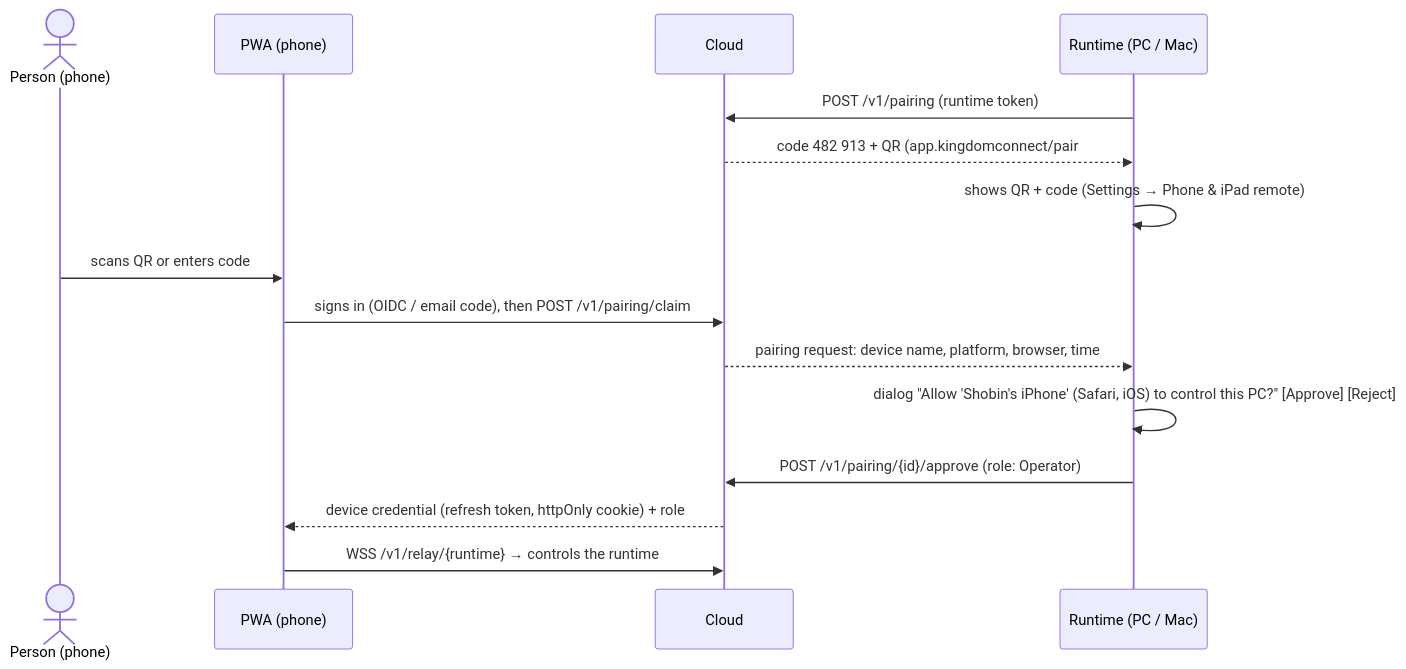
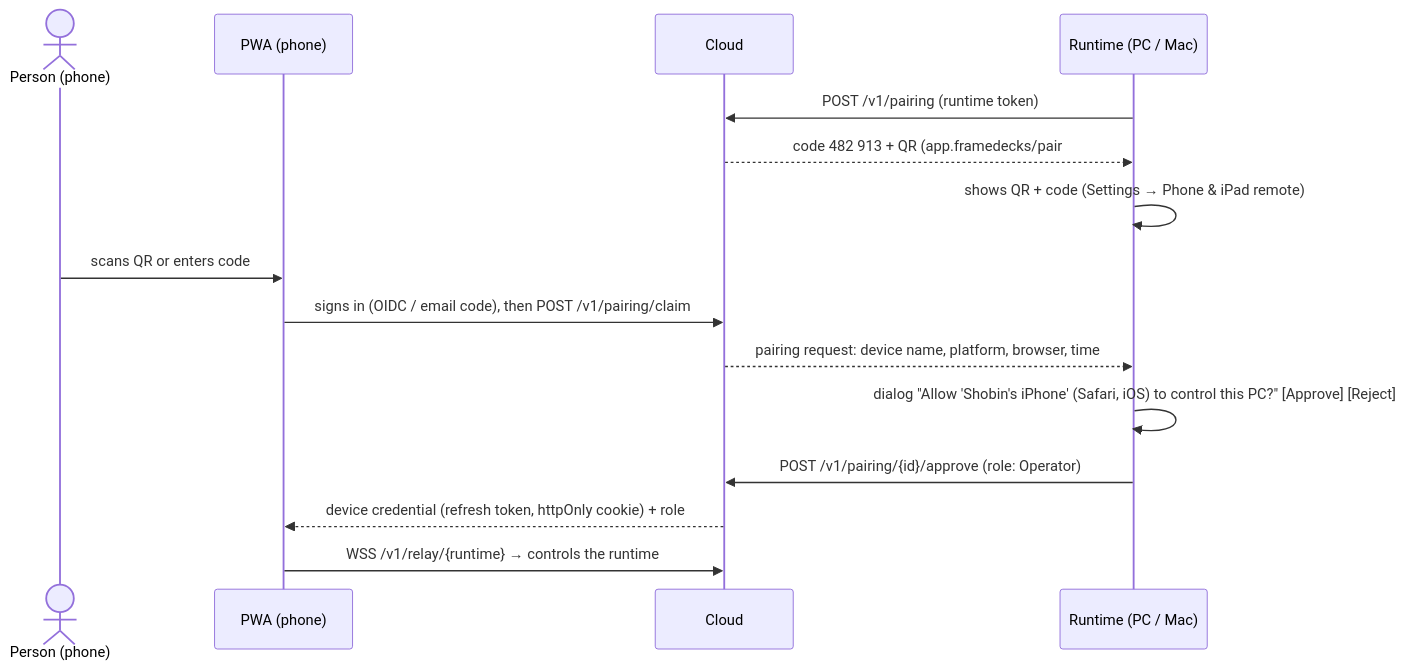
The third of 6 diagrams in docs/project/saas-pwa-architecture.md (mshobin/FrameDecks), drawn with Mermaid before and after one commit. The commit also changed other lines of this file, not shown here.

First line of the commit message:
SaaS + PWA architecture: FrameDecks names, Decks in the model and sync, Phase 1 detail

````diff
--- a/docs/project/saas-pwa-architecture.md
+++ b/docs/project/saas-pwa-architecture.md
@@ -205,17 +210,17 @@
 ```mermaid
 sequenceDiagram
   actor P as Person (phone)
   participant W as PWA (phone)
   participant C as Cloud
   participant R as Runtime (PC / Mac)
   R->>C: POST /v1/pairing (runtime token)
-  C-->>R: code 482 913 + QR (app.kingdomconnect/pair#t=…), expires in 5 min
+  C-->>R: code 482 913 + QR (app.framedecks/pair#t=…), expires in 5 min
   R->>R: shows QR + code (Settings → Phone & iPad remote)
   P->>W: scans QR or enters code
   W->>C: signs in (OIDC / email code), then POST /v1/pairing/claim
   C-->>R: pairing request: device name, platform, browser, time
   R->>R: dialog "Allow 'Shobin's iPhone' (Safari, iOS) to control this PC?" [Approve] [Reject]
   R->>C: POST /v1/pairing/{id}/approve (role: Operator)
   C-->>W: device credential (refresh token, httpOnly cookie) + role
   W->>C: WSS /v1/relay/{runtime} → controls the runtime
 ```
````
